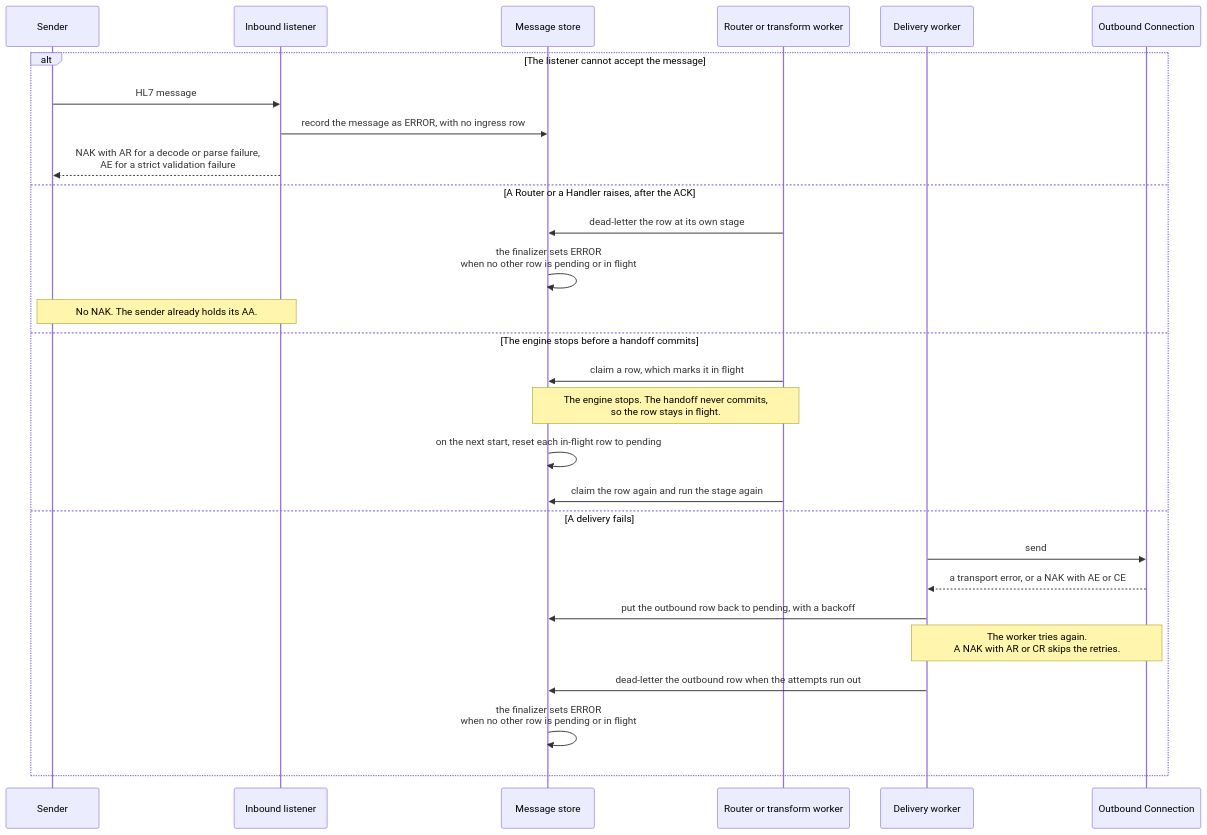
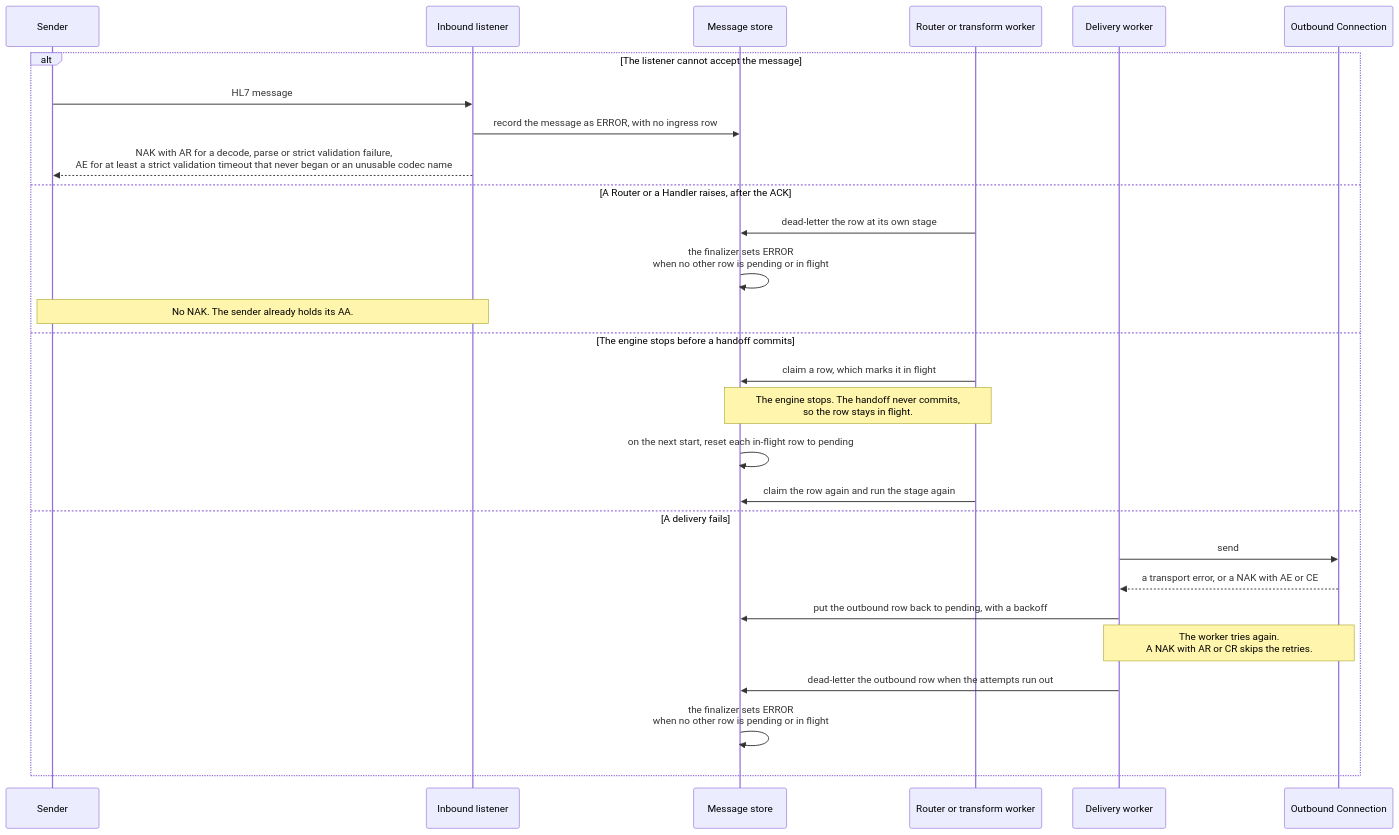
One commit to MEFORORG/MessageFoundry changed the sixth of 7 diagrams in docs/architecture-diagram.md. Above: the diagram before and after it, drawn with Mermaid. The commit also changed other lines of this file and 26 other files, not shown here.

First line of the commit message:
MLLP send site correlates a capped body; strict refusals are final on MLLP (AR) except a never-began timeout (BACKLOG #4905, #5078) (#2770)

````diff
--- a/docs/architecture-diagram.md
+++ b/docs/architecture-diagram.md
@@ -397,31 +397,31 @@
 ```mermaid
 sequenceDiagram
   participant SND as Sender
   participant LSN as Inbound listener
   participant MST as Message store
   participant WRK as Router or transform worker
   participant DLW as Delivery worker
   participant OBC as Outbound Connection
 
   alt The listener cannot accept the message
     SND->>LSN: HL7 message
     LSN->>MST: record the message as ERROR, with no ingress row
-    LSN-->>SND: NAK with AR for a decode or parse failure,<br/>AE for a strict validation failure
+    LSN-->>SND: NAK with AR for a decode, parse or strict validation failure,<br/>AE for at least a strict validation timeout that never began or an unusable codec name
   else A Router or a Handler raises, after the ACK
     WRK->>MST: dead-letter the row at its own stage
     MST->>MST: the finalizer sets ERROR<br/>when no other row is pending or in flight
     Note over SND,LSN: No NAK. The sender already holds its AA.
   else The engine stops before a handoff commits
     WRK->>MST: claim a row, which marks it in flight
     Note over MST,WRK: The engine stops. The handoff never commits,<br/>so the row stays in flight.
     MST->>MST: on the next start, reset each in-flight row to pending
     WRK->>MST: claim the row again and run the stage again
   else A delivery fails
     DLW->>OBC: send
     OBC-->>DLW: a transport error, or a NAK with AE or CE
     DLW->>MST: put the outbound row back to pending, with a backoff
     Note over DLW,OBC: The worker tries again.<br/>A NAK with AR or CR skips the retries.
     DLW->>MST: dead-letter the outbound row when the attempts run out
     MST->>MST: the finalizer sets ERROR<br/>when no other row is pending or in flight
   end
 ```
````
